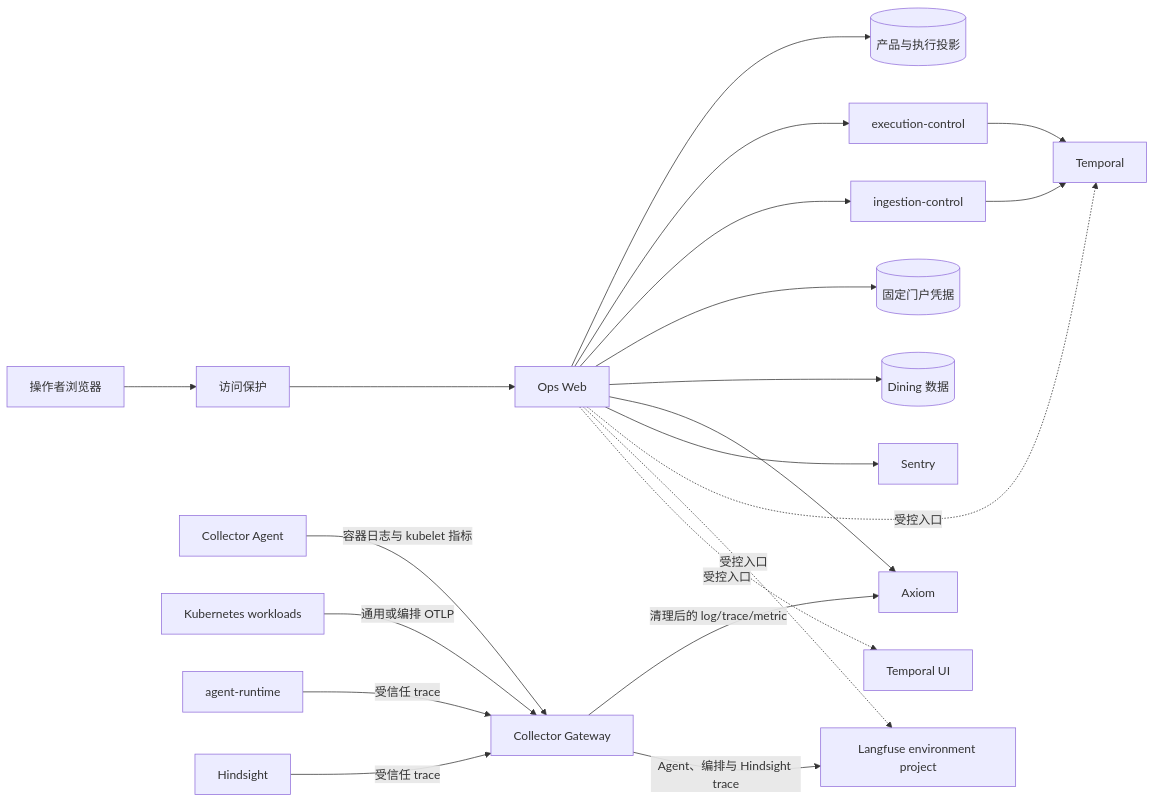
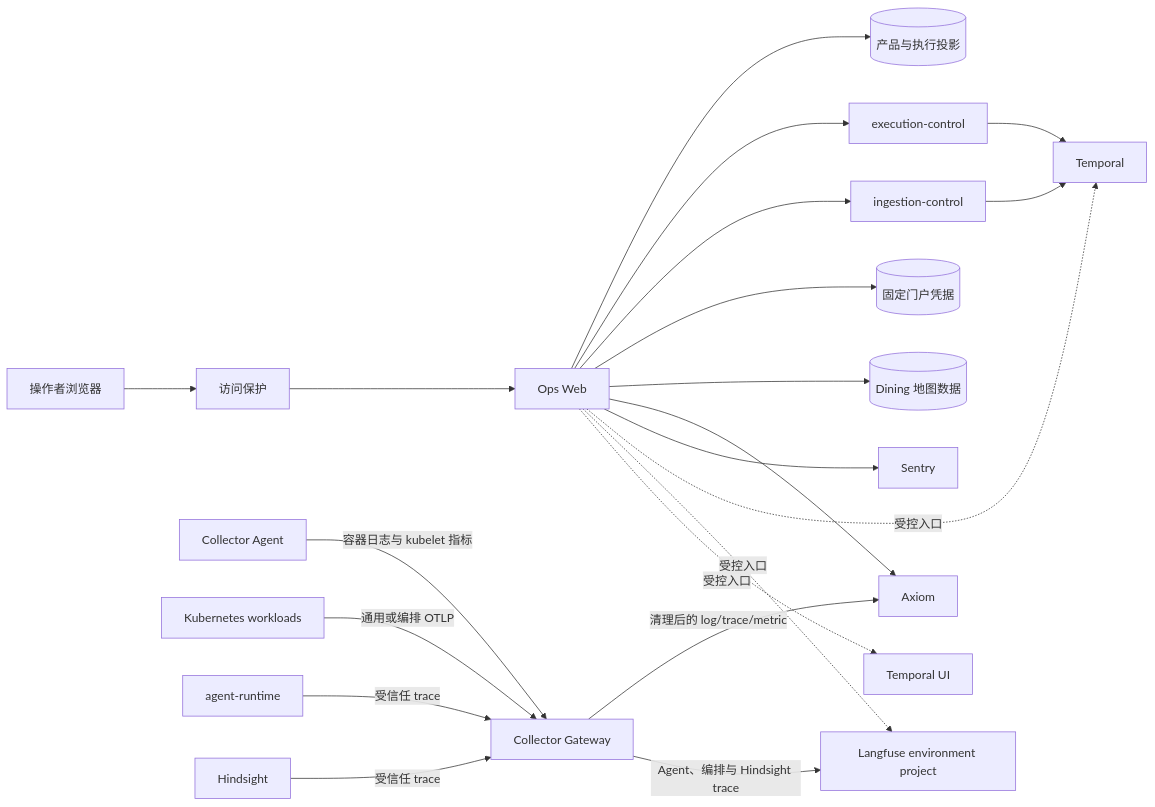
Before and after one commit to Luxfeier22331/campus-agent-main: the diagram in docs/architecture/system/ops-observability.md, drawn with Mermaid. The commit also changed other lines of this file and 325 other files, not shown here.

First line of the commit message:
feat(dining): 完善食堂地图、菜单与评价闭环 (#135)

````diff
--- a/docs/architecture/system/ops-observability.md
+++ b/docs/architecture/system/ops-observability.md
@@ -27,42 +27,42 @@
 ```mermaid
 flowchart LR
   Browser[操作者浏览器]
   Access[访问保护]
   Ops[Ops Web]
   Product[(产品与执行投影)]
   Control[execution-control]
   Ingestion[ingestion-control]
   Portal[(固定门户凭据)]
-  Dining[(Dining 数据)]
+  Dining[(Dining 地图数据)]
   Temporal[Temporal]
   Axiom[Axiom]
   Sentry[Sentry]
   Langfuse[Langfuse environment project]
   CollectorAgent[Collector Agent]
   Gateway[Collector Gateway]
   Runtime[Kubernetes workloads]
   AgentRuntime[agent-runtime]
   Hindsight[Hindsight]
   TemporalUI[Temporal UI]
 
   Browser --> Access --> Ops
   Ops --> Product
   Ops --> Control
   Ops --> Ingestion
   Ops --> Portal
   Ops --> Dining
   Ops --> Axiom
   Ops --> Sentry
   Ops -. 受控入口 .-> Temporal
   Ops -. 受控入口 .-> Langfuse
   Ops -. 受控入口 .-> TemporalUI
 
   Control --> Temporal
   Ingestion --> Temporal
   CollectorAgent -->|容器日志与 kubelet 指标| Gateway
   Runtime -->|通用或编排 OTLP| Gateway
   AgentRuntime -->|受信任 trace| Gateway
   Hindsight -->|受信任 trace| Gateway
   Gateway -->|清理后的 log/trace/metric| Axiom
   Gateway -->|Agent、编排与 Hindsight trace| Langfuse
 ```
````
